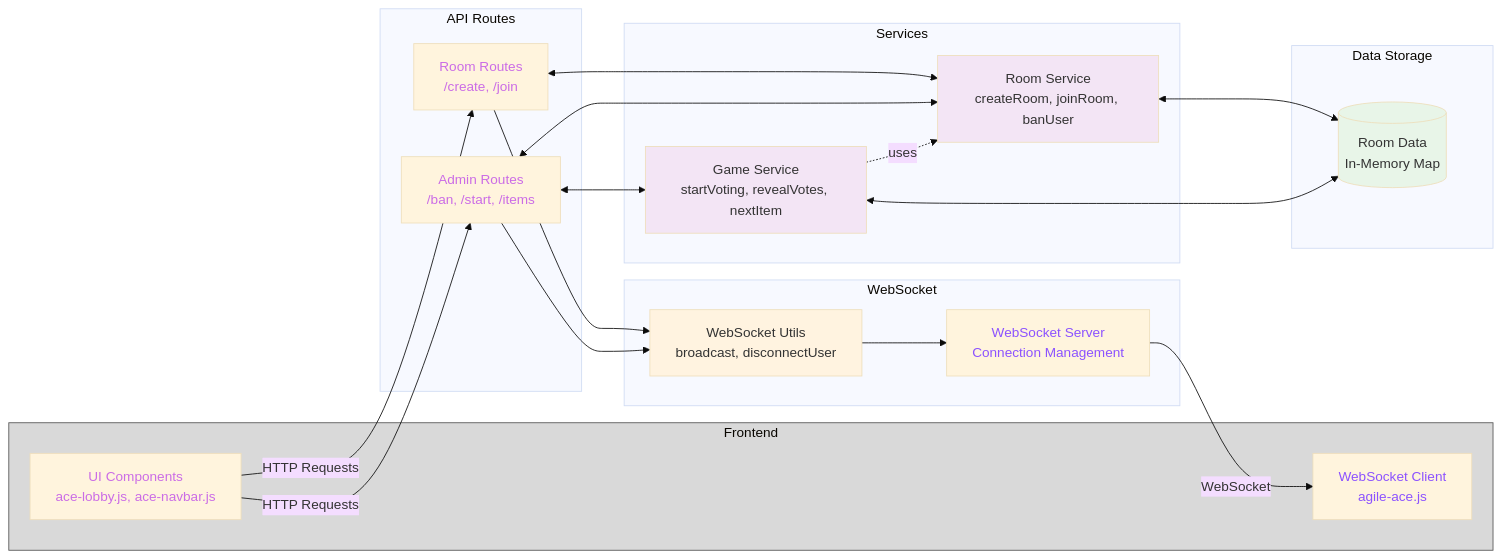
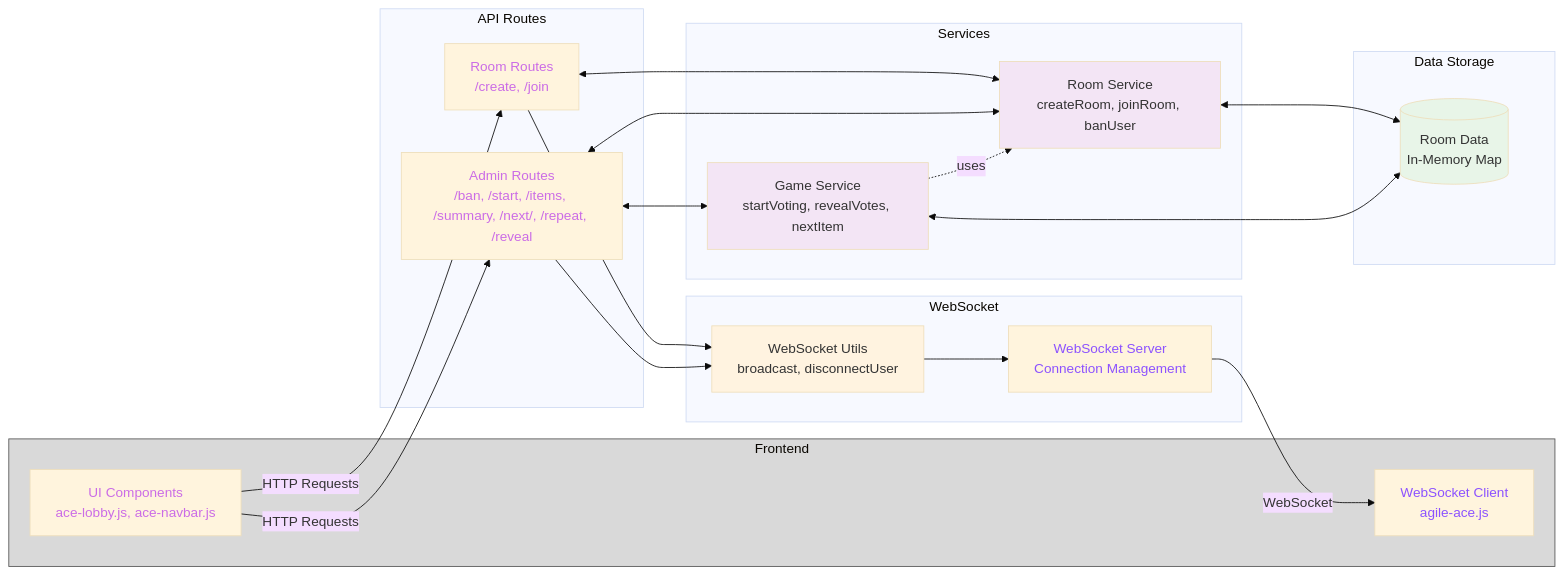
Before and after one commit to okso-hub/scrum-poker: the third of 4 diagrams in documentation-technical.md, drawn with Mermaid (base theme). The commit also changed other lines of this file, not shown here.

````diff
--- a/documentation-technical.md
+++ b/documentation-technical.md
@@ -136,54 +136,54 @@
 ```mermaid
 graph LR
     subgraph "Frontend"
         UI[UI Components<br/>ace-lobby.js, ace-navbar.js]
         WS_Client[WebSocket Client<br/>agile-ace.js]
     end
     subgraph "API Routes"
         RoomRoutes[Room Routes<br/>/create, /join, /participants]
-        AdminRoutes[Admin Routes<br/>/ban, /start, /items]
+        AdminRoutes[Admin Routes<br/>/ban, /start, /items, /summary, /next/, /repeat, /reveal]
     end
     subgraph "Services"
         RoomService[Room Service<br/>createRoom, joinRoom, banUser]
         GameService[Game Service<br/>startVoting, revealVotes, nextItem]
     end
     subgraph "WebSocket"
         WSUtils[WebSocket Utils<br/>broadcast, disconnectUser]
         WSServer[WebSocket Server<br/>Connection Management]
     end
     subgraph "Data Storage"
         RoomData[(Room Data<br/>In-Memory Map)]
     end
 
     %% API Communication
     UI -->|HTTP Requests| RoomRoutes
     UI -->|HTTP Requests| AdminRoutes
     %% WebSocket Communication   
     WSServer -->|WebSocket| WS_Client
     %% Route to Service Communication
     RoomRoutes <--> RoomService
     AdminRoutes <--> RoomService
     AdminRoutes <--> GameService
     %% Service to Data
     RoomService <--> RoomData
     GameService <--> RoomData
     RoomRoutes["Room Routes<br>/create, /join"] --> WSUtils
     AdminRoutes --> WSUtils
     GameService
     WSUtils
     WSUtils --> WSServer
     %% Service Dependencies
     GameService -.->|uses| RoomService
 
     style RoomService fill:#f3e5f5
     style GameService fill:#f3e5f5
     style WSUtils fill:#fff3e0
     style RoomData fill:#e8f5e8
 
     style WSServer color:#8C52FF
     style WS_Client color:#8C52FF
     style Frontend fill:#D9D9D9,stroke:#545454
     style AdminRoutes color:#CB6CE6
     style RoomRoutes color:#CB6CE6
     style UI color:#CB6CE6
 ```
````
